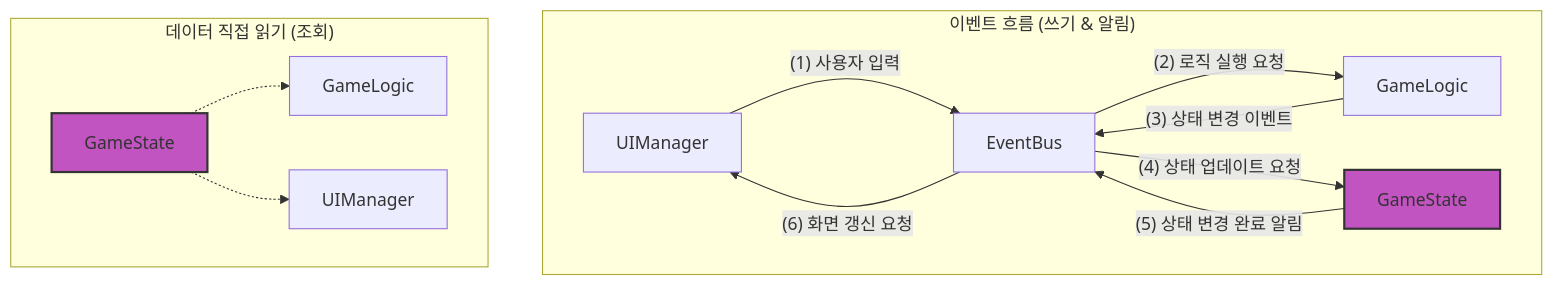
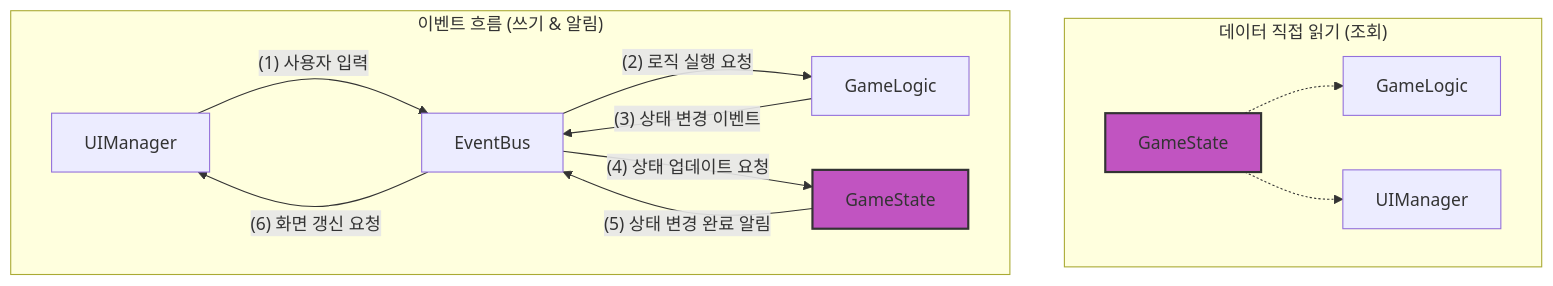
The diagram in README.md (macaronpark/mushroom-in-my-yard), drawn with Mermaid before and after one commit. The commit also changed other lines of this file and 7 other files, not shown here.

````diff
--- a/README.md
+++ b/README.md
@@ -89,21 +34,20 @@
 ```mermaid
 graph TD
+  subgraph "데이터 직접 읽기 (조회)"
+        GameState_R[GameState] -.-> GameLogic_R[GameLogic]
+        GameState_R[GameState] -.-> UIManager_R[UIManager]
+  end
+
   subgraph "이벤트 흐름 (쓰기 & 알림)"
       UIManager -- "(1) 사용자 입력" --> EventBus
       EventBus -- "(2) 로직 실행 요청" --> GameLogic
       GameLogic -- "(3) 상태 변경 이벤트" --> EventBus
       EventBus -- "(4) 상태 업데이트 요청" --> GameState
       GameState -- "(5) 상태 변경 완료 알림" --> EventBus
       EventBus -- "(6) 화면 갱신 요청" --> UIManager
   end
 
-  subgraph "데이터 직접 읽기 (조회)"
-      direction LR
-      GameState_R[GameState] -.-> GameLogic_R[GameLogic]
-      GameState_R[GameState] -.-> UIManager_R[UIManager]
-  end
-
   %% 스타일링
   style GameState fill:#c154c1,stroke:#333,stroke-width:2px
   style GameState_R fill:#c154c1,stroke:#333,stroke-width:2px
 ```
````
